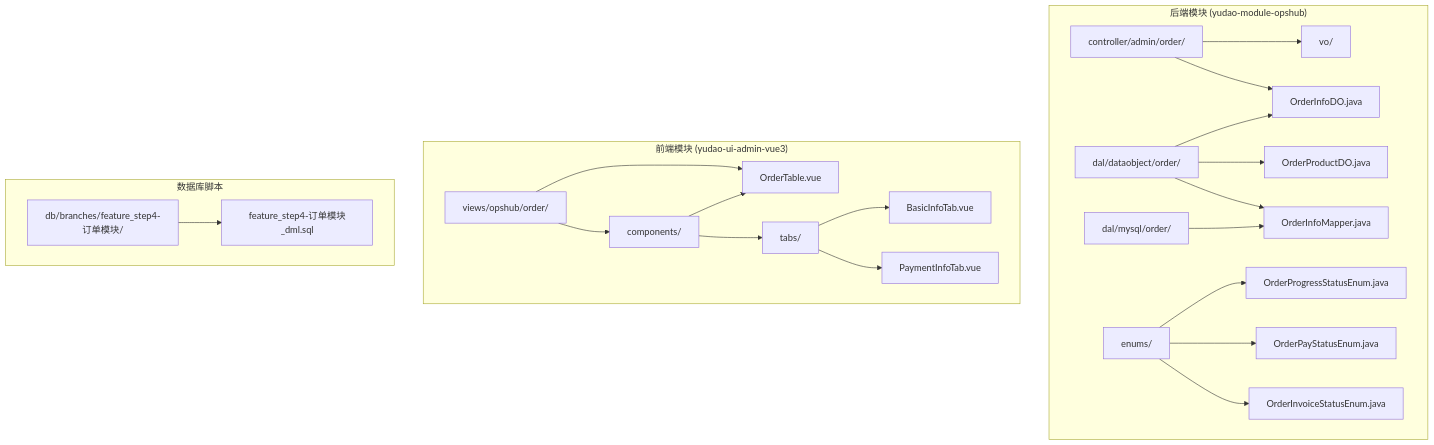
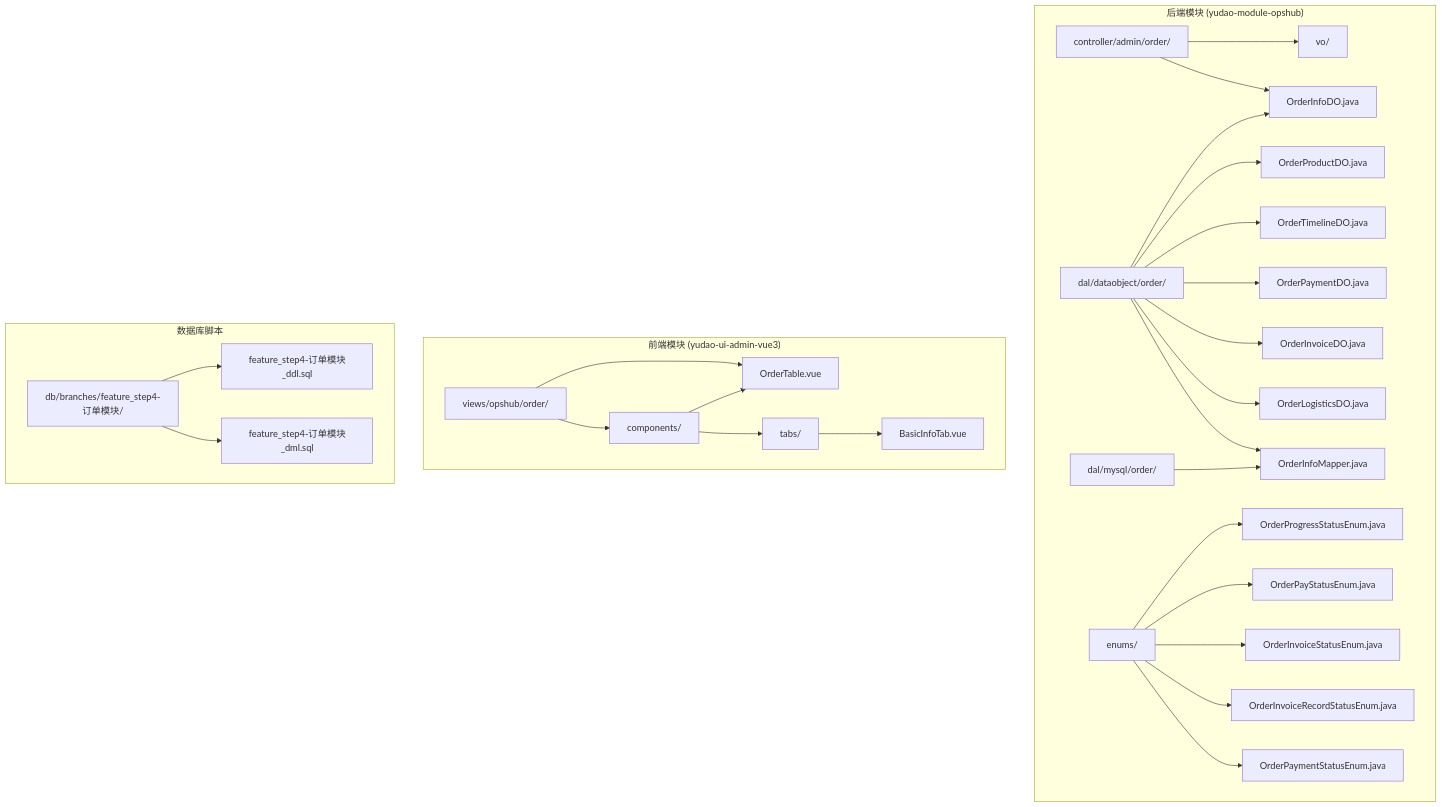
One commit to xiaoche80s-tech/rouyi-vue-pro changed the first of 9 diagrams in .qoder/repowiki/zh/content/核心模块/运营中心模块/订单管理模块.md. Above: the diagram before and after it, drawn with Mermaid. The commit also changed other lines of this file and 331 other files, not shown here.

````diff
--- a/.qoder/repowiki/zh/content/核心模块/运营中心模块/订单管理模块.md
+++ b/.qoder/repowiki/zh/content/核心模块/运营中心模块/订单管理模块.md
@@ -42,26 +58,32 @@
 ```mermaid
 graph TB
 subgraph "后端模块 (yudao-module-opshub)"
 A[controller/admin/order/] --> B[vo/]
 C[dal/dataobject/order/] --> D[OrderInfoDO.java]
 C --> E[OrderProductDO.java]
-F[dal/mysql/order/] --> G[OrderInfoMapper.java]
-H[enums/] --> I[OrderProgressStatusEnum.java]
-H --> J[OrderPayStatusEnum.java]
-H --> K[OrderInvoiceStatusEnum.java]
+C --> F[OrderTimelineDO.java]
+C --> G[OrderPaymentDO.java]
+C --> H[OrderInvoiceDO.java]
+C --> I[OrderLogisticsDO.java]
+J[dal/mysql/order/] --> K[OrderInfoMapper.java]
+L[enums/] --> M[OrderProgressStatusEnum.java]
+L --> N[OrderPayStatusEnum.java]
+L --> O[OrderInvoiceStatusEnum.java]
+L --> P[OrderInvoiceRecordStatusEnum.java]
+L --> Q[OrderPaymentStatusEnum.java]
 end
 subgraph "前端模块 (yudao-ui-admin-vue3)"
-L[views/opshub/order/] --> M[components/]
-M --> N[OrderTable.vue]
-M --> O[tabs/]
-O --> P[BasicInfoTab.vue]
-O --> Q[PaymentInfoTab.vue]
+R[views/opshub/order/] --> S[components/]
+S --> T[OrderTable.vue]
+S --> U[tabs/]
+U --> V[BasicInfoTab.vue]
 end
 subgraph "数据库脚本"
-R[db/branches/feature_step4-订单模块/]
-R --> S[feature_step4-订单模块_dml.sql]
+W[db/branches/feature_step4-订单模块/]
+W --> X[feature_step4-订单模块_ddl.sql]
+W --> Y[feature_step4-订单模块_dml.sql]
 end
 A --> D
-C --> G
-L --> N
+C --> K
+R --> T
 ```
````
